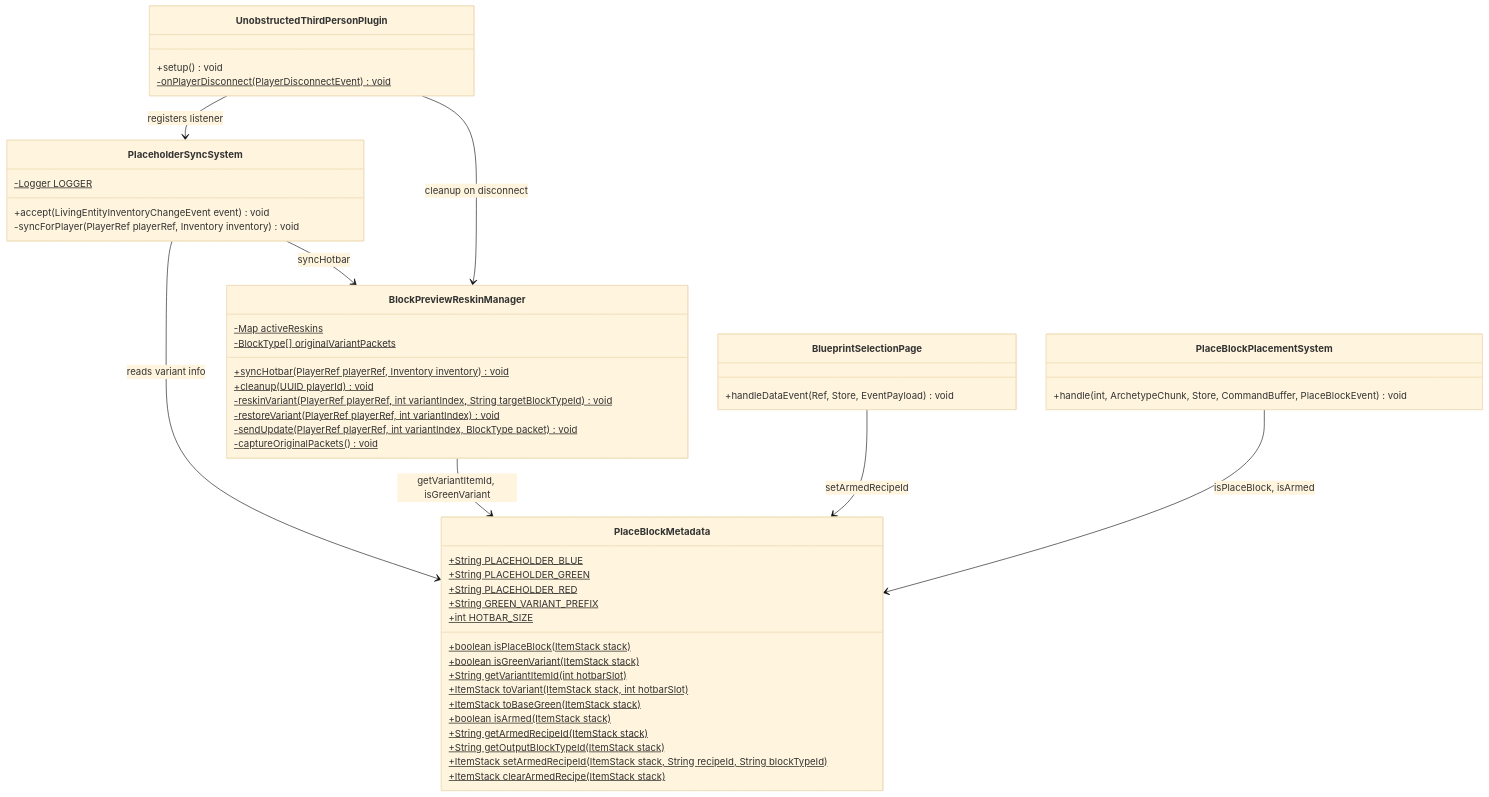
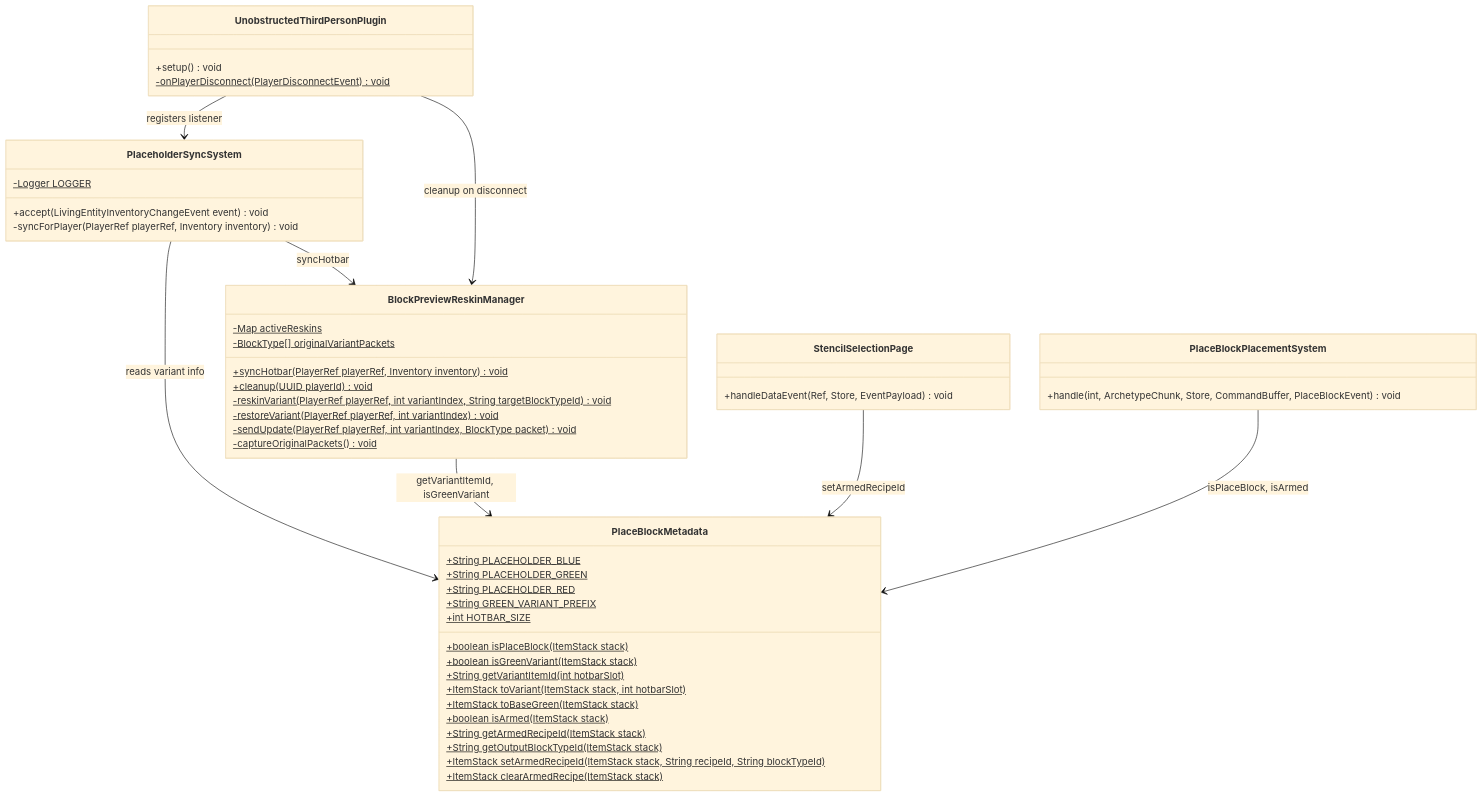
Before and after one commit to TheCodeCreature/Hytale-Example-Plugin: the first of 3 diagrams in docs/Plans/design-multi-variant-placeholder.md, drawn with Mermaid (base theme). The commit also changed other lines of this file and 289 other files, not shown here.

````diff
--- a/docs/Plans/design-multi-variant-placeholder.md
+++ b/docs/Plans/design-multi-variant-placeholder.md
@@ -24,58 +24,58 @@
 ```mermaid
 classDiagram
     class PlaceBlockMetadata {
         +String PLACEHOLDER_BLUE$
         +String PLACEHOLDER_GREEN$
         +String PLACEHOLDER_RED$
         +String GREEN_VARIANT_PREFIX$
         +int HOTBAR_SIZE$
         +boolean isPlaceBlock(ItemStack stack)$
         +boolean isGreenVariant(ItemStack stack)$
         +String getVariantItemId(int hotbarSlot)$
         +ItemStack toVariant(ItemStack stack, int hotbarSlot)$
         +ItemStack toBaseGreen(ItemStack stack)$
         +boolean isArmed(ItemStack stack)$
         +String getArmedRecipeId(ItemStack stack)$
         +String getOutputBlockTypeId(ItemStack stack)$
         +ItemStack setArmedRecipeId(ItemStack stack, String recipeId, String blockTypeId)$
         +ItemStack clearArmedRecipe(ItemStack stack)$
     }
 
     class BlockPreviewReskinManager {
         -Map activeReskins$
         -BlockType[] originalVariantPackets$
         +syncHotbar(PlayerRef playerRef, Inventory inventory)$ void
         +cleanup(UUID playerId)$ void
         -reskinVariant(PlayerRef playerRef, int variantIndex, String targetBlockTypeId)$ void
         -restoreVariant(PlayerRef playerRef, int variantIndex)$ void
         -sendUpdate(PlayerRef playerRef, int variantIndex, BlockType packet)$ void
         -captureOriginalPackets()$ void
     }
 
     class PlaceholderSyncSystem {
         -Logger LOGGER$
         +accept(LivingEntityInventoryChangeEvent event) void
         -syncForPlayer(PlayerRef playerRef, Inventory inventory) void
     }
 
-    class BlueprintSelectionPage {
+    class StencilSelectionPage {
         +handleDataEvent(Ref, Store, EventPayload) void
     }
 
     class PlaceBlockPlacementSystem {
         +handle(int, ArchetypeChunk, Store, CommandBuffer, PlaceBlockEvent) void
     }
 
     class UnobstructedThirdPersonPlugin {
         +setup() void
         -onPlayerDisconnect(PlayerDisconnectEvent)$ void
     }
 
     PlaceholderSyncSystem --> BlockPreviewReskinManager : syncHotbar
     PlaceholderSyncSystem --> PlaceBlockMetadata : reads variant info
     BlockPreviewReskinManager --> PlaceBlockMetadata : getVariantItemId, isGreenVariant
-    BlueprintSelectionPage --> PlaceBlockMetadata : setArmedRecipeId
+    StencilSelectionPage --> PlaceBlockMetadata : setArmedRecipeId
     PlaceBlockPlacementSystem --> PlaceBlockMetadata : isPlaceBlock, isArmed
     UnobstructedThirdPersonPlugin --> PlaceholderSyncSystem : registers listener
     UnobstructedThirdPersonPlugin --> BlockPreviewReskinManager : cleanup on disconnect
 ```
````
